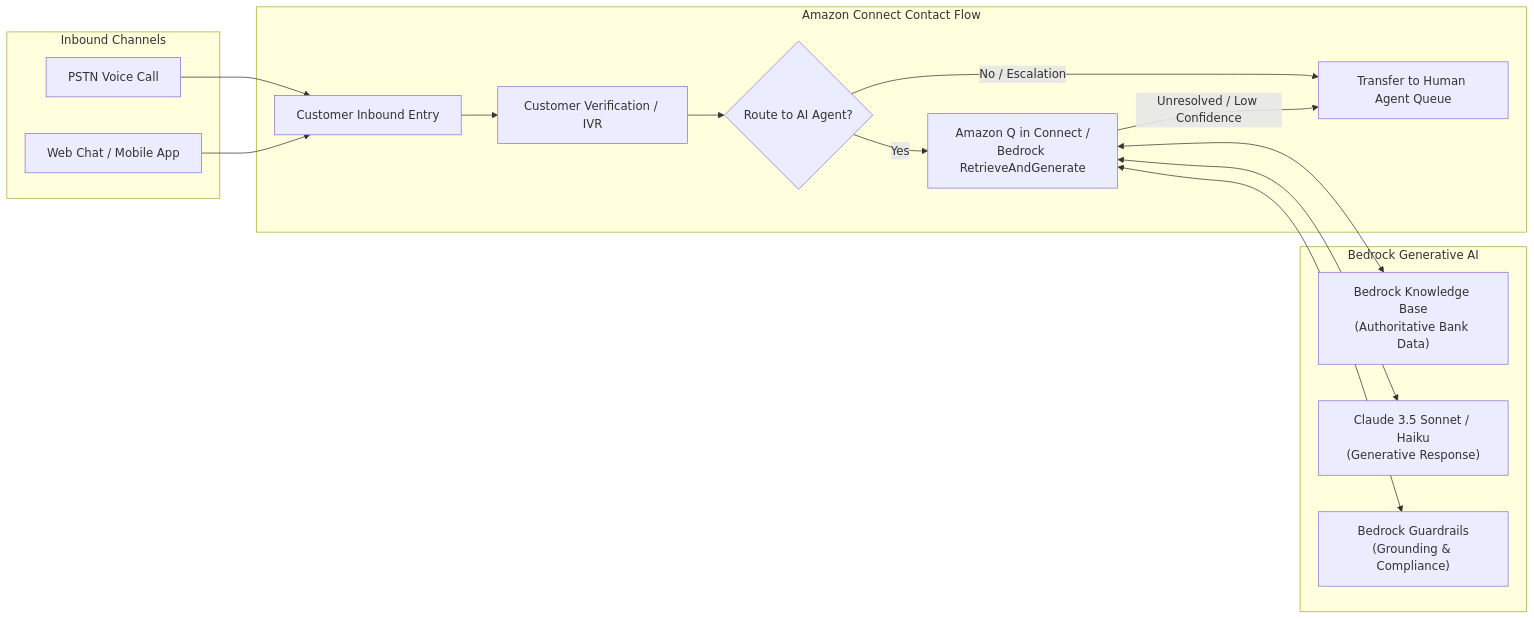
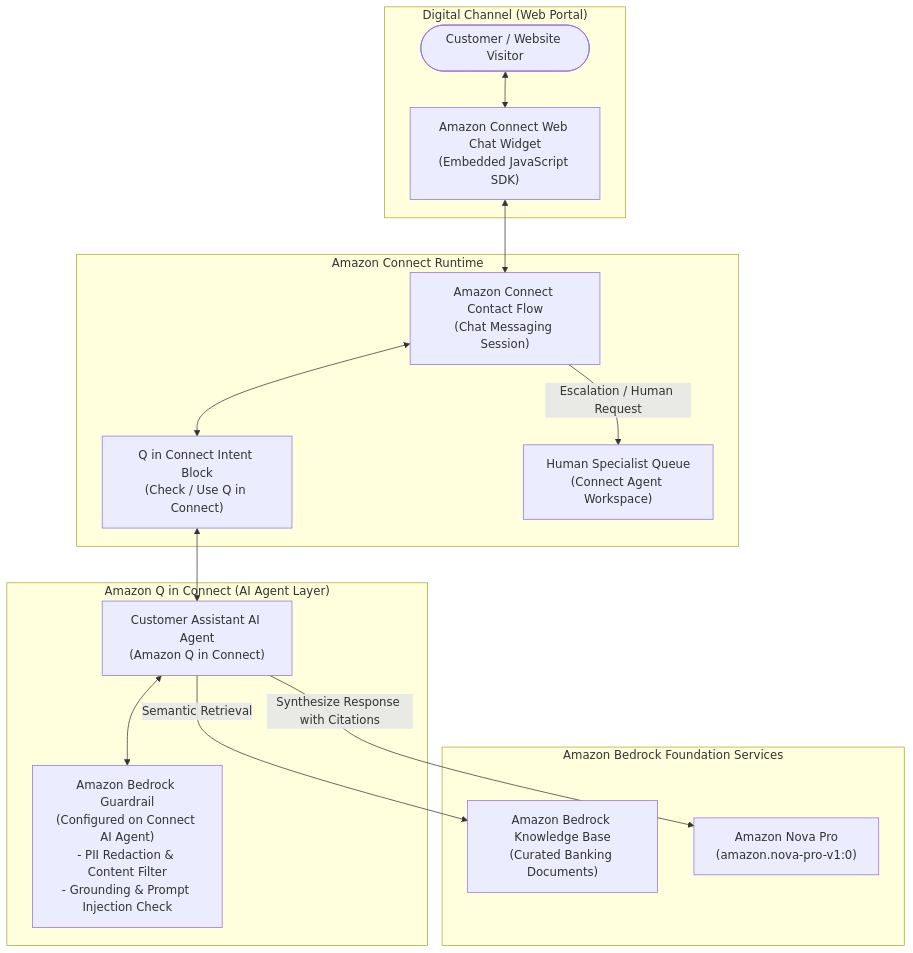
Before and after one commit to rahul77x/custom-web-crawler-bedrock: the diagram in diagrams/connect_diagram.mmd, drawn with Mermaid. The commit also changed 4 other files, not shown here.

Commit message:
docs: update LLD to v2.1 (text-based web chatbot, Amazon Q in Connect intent, Amazon Nova Pro, Connect-side guardrails, remove voice)

```diff
--- a/diagrams/connect_diagram.mmd
+++ b/diagrams/connect_diagram.mmd
@@ -1,25 +1,20 @@
-flowchart LR
-    subgraph CHANNELS["Inbound Channels"]
-        VOICE["PSTN Voice Call"]
-        CHAT["Web Chat / Mobile App"]
+flowchart TD
+    subgraph WEB["Digital Channel (Web Portal)"]
+        VISITOR(["Customer / Website Visitor"]) <--> WIDGET["Amazon Connect Web Chat Widget<br/>(Embedded JavaScript SDK)"]
     end
 
-    subgraph CONNECT_CORE["Amazon Connect Contact Flow"]
-        ENTRY["Customer Inbound Entry"]
-        AUTH["Customer Verification / IVR"]
-        ROUTER{"Route to AI Agent?"}
-        AI_BLOCK["Amazon Q in Connect /<br/>Bedrock RetrieveAndGenerate"]
-        AGENT_QUEUE["Transfer to Human Agent Queue"]
+    subgraph CONNECT["Amazon Connect Runtime"]
+        WIDGET <--> FLOW["Amazon Connect Contact Flow<br/>(Chat Messaging Session)"]
+        FLOW <--> Q_BLOCK["Q in Connect Intent Block<br/>(Check / Use Q in Connect)"]
+        FLOW -- "Escalation / Human Request" --> AGENT_QUEUE["Human Specialist Queue<br/>(Connect Agent Workspace)"]
     end
 
-    subgraph BEDROCK_RAG["Bedrock Generative AI"]
-        KB["Bedrock Knowledge Base<br/>(Authoritative Bank Data)"]
-        FM["Claude 3.5 Sonnet / Haiku<br/>(Generative Response)"]
-        GUARD["Bedrock Guardrails<br/>(Grounding & Compliance)"]
+    subgraph Q_AGENT["Amazon Q in Connect (AI Agent Layer)"]
+        Q_BLOCK <--> AI_AGENT["Customer Assistant AI Agent<br/>(Amazon Q in Connect)"]
+        AI_AGENT <--> GUARD["Amazon Bedrock Guardrail<br/>(Configured on Connect AI Agent)<br/>- PII Redaction & Content Filter<br/>- Grounding & Prompt Injection Check"]
     end
 
-    VOICE & CHAT --> ENTRY --> AUTH --> ROUTER
-    ROUTER -- Yes --> AI_BLOCK
-    ROUTER -- No / Escalation --> AGENT_QUEUE
-    AI_BLOCK <--> KB & FM & GUARD
-    AI_BLOCK -- Unresolved / Low Confidence --> AGENT_QUEUE
+    subgraph BEDROCK_AI["Amazon Bedrock Foundation Services"]
+        AI_AGENT -- "Semantic Retrieval" --> KB["Amazon Bedrock Knowledge Base<br/>(Curated Banking Documents)"]
+        AI_AGENT -- "Synthesize Response with Citations" --> NOVA["Amazon Nova Pro<br/>(amazon.nova-pro-v1:0)"]
+    end
```
